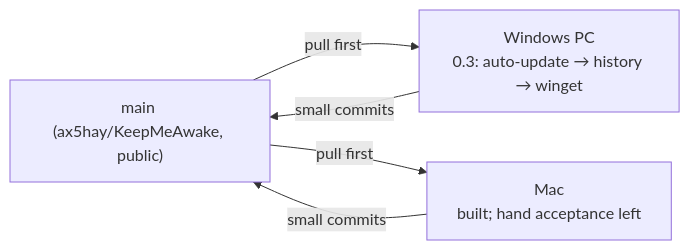
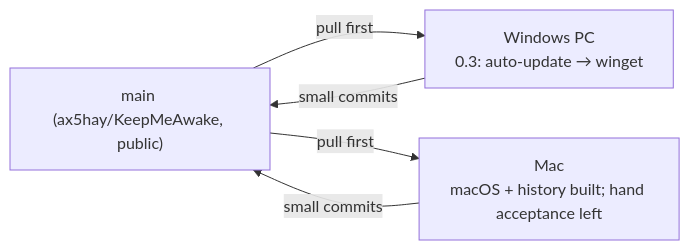
One commit to ax5hay/KeepMeAwake changed the diagram in docs/HANDOFF.md. Above: the diagram before and after it, drawn with Mermaid. The commit also changed other lines of this file and 1 other file, not shown here.

First line of the commit message:
docs(handoff): session history built on the Mac and reviewed

````diff
--- a/docs/HANDOFF.md
+++ b/docs/HANDOFF.md
@@ -16,10 +16,10 @@
 ```mermaid
 flowchart LR
     main["main (ax5hay/KeepMeAwake, public)"]
-    win["Windows PC<br/>0.3: auto-update → history → winget"]
-    mac["Mac<br/>built; hand acceptance left"]
+    win["Windows PC<br/>0.3: auto-update → winget"]
+    mac["Mac<br/>macOS + history built; hand acceptance left"]
     win -->|small commits| main
     mac -->|small commits| main
     main -->|pull first| win
     main -->|pull first| mac
 ```
````
